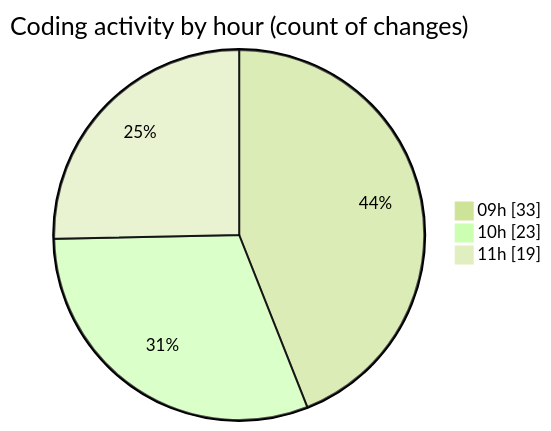
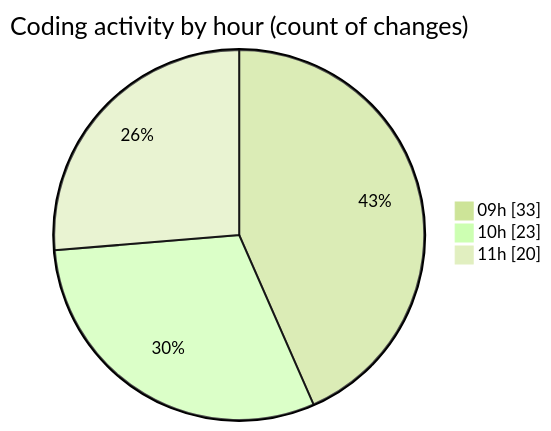
Before and after one commit to CELIANVF/code-tracking: the second of 2 diagrams in 2025-05-20/ecodeli-1/README.md, drawn with Mermaid (forest theme). The commit also changed other lines of this file and 1 other file, not shown here.

````diff
--- a/2025-05-20/ecodeli-1/README.md
+++ b/2025-05-20/ecodeli-1/README.md
@@ -57,7 +57,7 @@
 ```mermaid
 pie showData
 title Coding activity by hour (count of changes)
 "09h" : 33
 "10h" : 23
-"11h" : 19
+"11h" : 20
 ```
````
